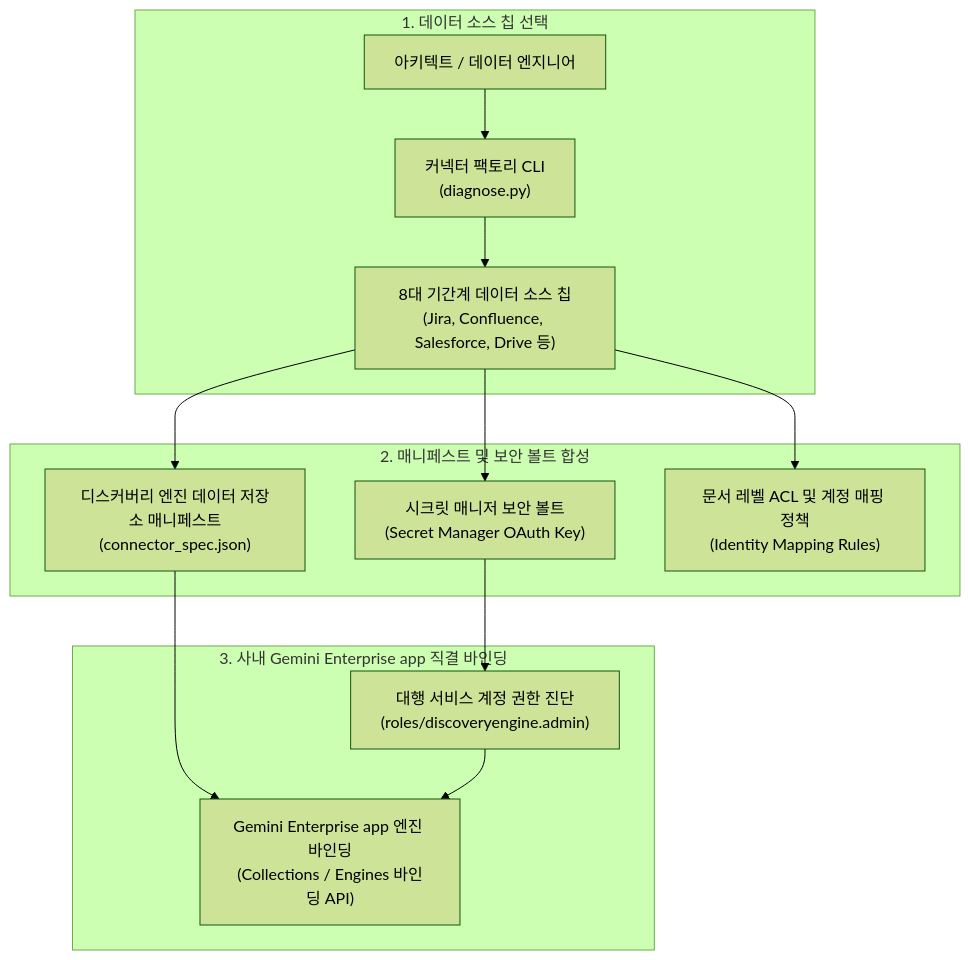
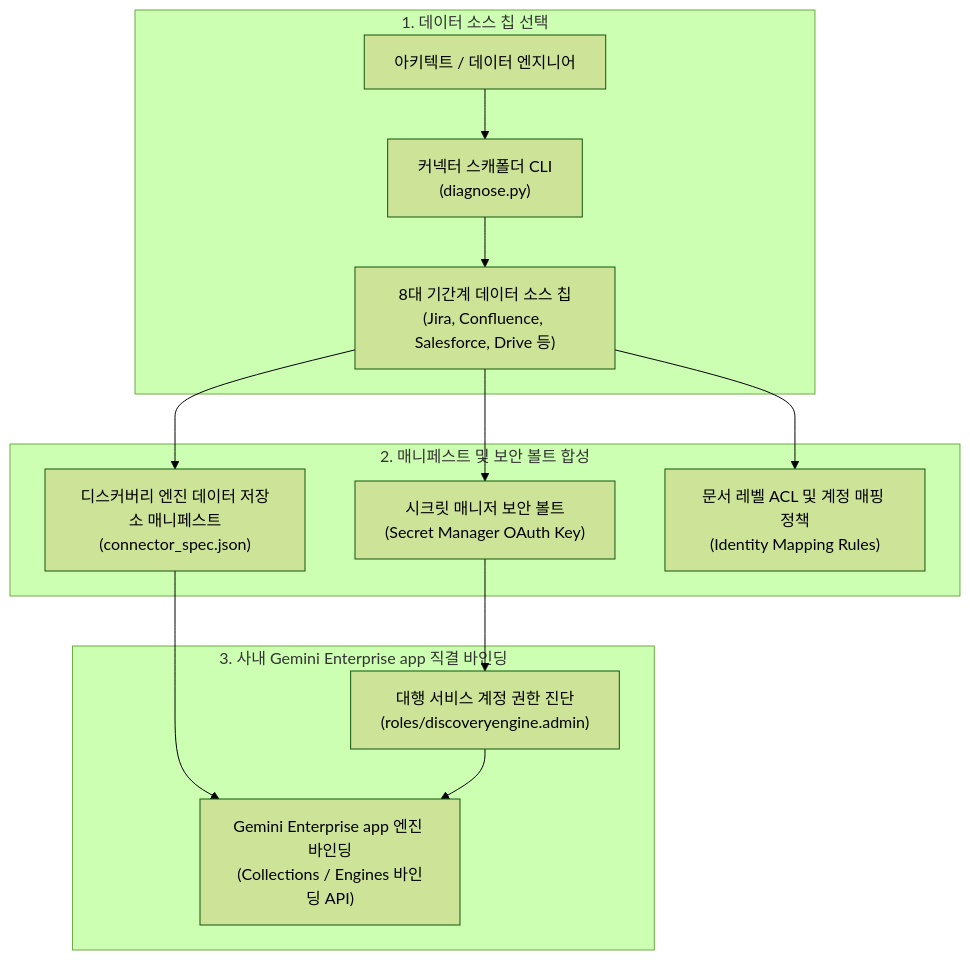
Before and after one commit to jiangjun-forge/google-cloud-0-to-1: the diagram in samples/gemini-enterprise-copilot-connector/docs/TDD.md, drawn with Mermaid (forest theme). The commit also changed other lines of this file and 9 other files, not shown here.

````diff
--- a/samples/gemini-enterprise-copilot-connector/docs/TDD.md
+++ b/samples/gemini-enterprise-copilot-connector/docs/TDD.md
@@ -23,27 +23,27 @@
 ```mermaid
 flowchart TD
     subgraph Selection ["1. 데이터 소스 칩 선택"]
         User["아키텍트 / 데이터 엔지니어"]
-        CLI["커넥터 팩토리 CLI<br/>(diagnose.py)"]
+        CLI["커넥터 스캐폴더 CLI<br/>(diagnose.py)"]
         PresetSource["8대 기간계 데이터 소스 칩<br/>(Jira, Confluence, Salesforce, Drive 등)"]
         User --> CLI
         CLI --> PresetSource
     end
 
     subgraph Composition ["2. 매니페스트 및 보안 볼트 합성"]
         SecretVault["시크릿 매니저 보안 볼트<br/>(Secret Manager OAuth Key)"]
         DataStoreSpec["디스커버리 엔진 데이터 저장소 매니페스트<br/>(connector_spec.json)"]
         ACLPolicy["문서 레벨 ACL 및 계정 매핑 정책<br/>(Identity Mapping Rules)"]
         PresetSource --> SecretVault
         PresetSource --> DataStoreSpec
         PresetSource --> ACLPolicy
     end
 
     subgraph Registration ["3. 사내 Gemini Enterprise app 직결 바인딩"]
         EngineBinding["Gemini Enterprise app 엔진 바인딩<br/>(Collections / Engines 바인딩 API)"]
         IAMCheck["대행 서비스 계정 권한 진단<br/>(roles/discoveryengine.admin)"]
         DataStoreSpec --> EngineBinding
         SecretVault --> IAMCheck
         IAMCheck --> EngineBinding
     end
 ```
````
